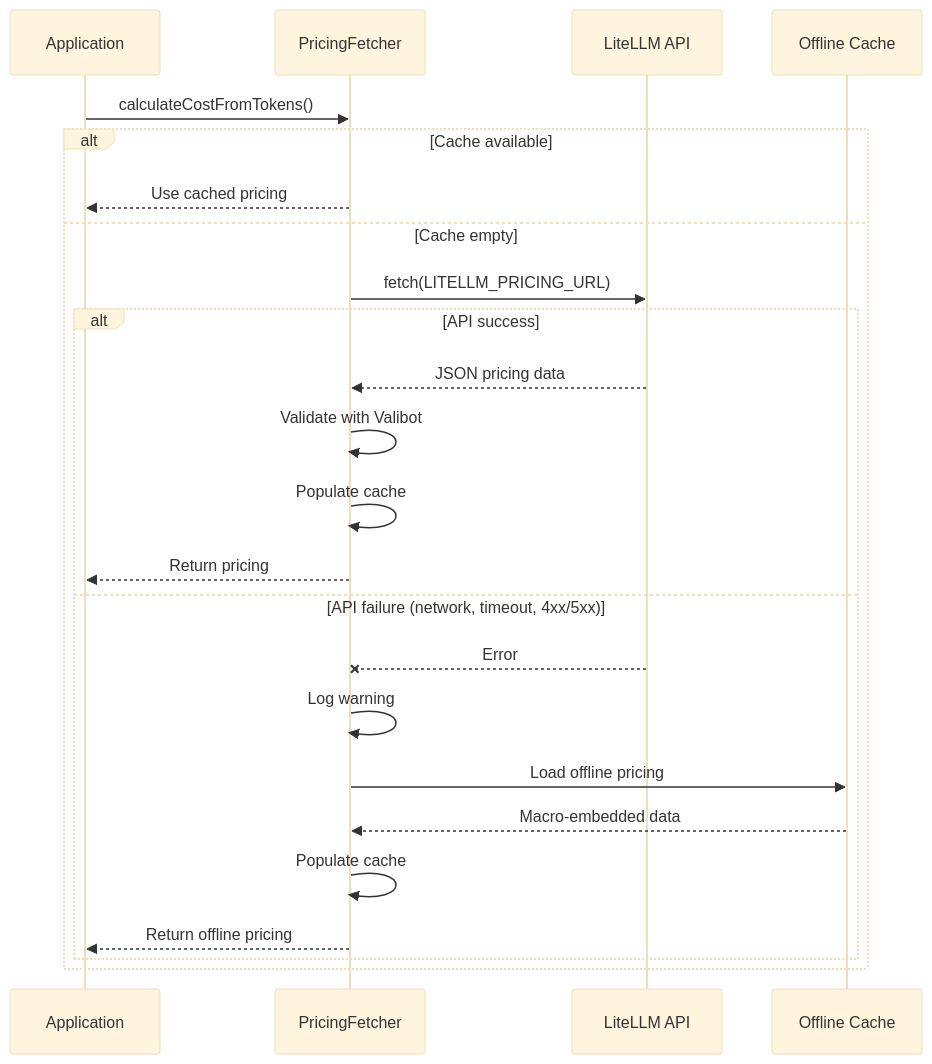
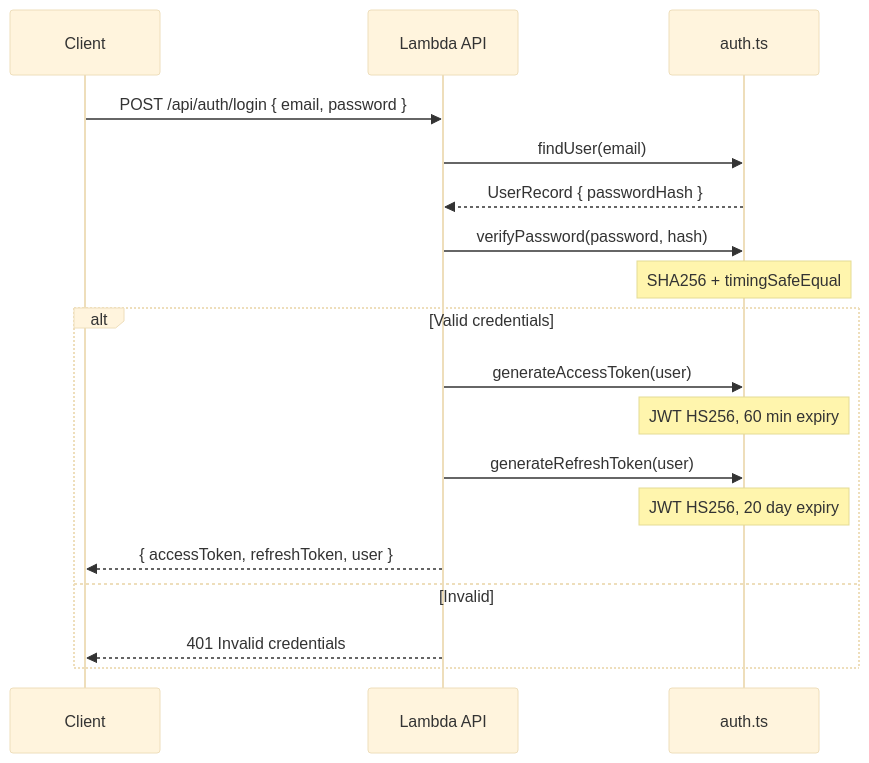
Before and after one commit to nathanp1112/ccusage-monitor: diagram 13 of 17 in docs/architecture.md, drawn with Mermaid (base theme). The commit also changed other lines of this file and 77 other files, not shown here.

````diff
--- a/docs/architecture.md
+++ b/docs/architecture.md
@@ -520,29 +864,22 @@
 ```mermaid
 sequenceDiagram
-    participant App as Application
-    participant Fetcher as PricingFetcher
-    participant API as LiteLLM API
-    participant Offline as Offline Cache
+    participant Client
+    participant API as Lambda API
+    participant Auth as auth.ts
 
-    App->>Fetcher: calculateCostFromTokens()
+    Client->>API: POST /api/auth/login { email, password }
+    API->>Auth: findUser(email)
+    Auth-->>API: UserRecord { passwordHash }
+    API->>Auth: verifyPassword(password, hash)
+    Note over Auth: SHA256 + timingSafeEqual
 
-    alt Cache available
-        Fetcher-->>App: Use cached pricing
-    else Cache empty
-        Fetcher->>API: fetch(LITELLM_PRICING_URL)
-
-        alt API success
-            API-->>Fetcher: JSON pricing data
-            Fetcher->>Fetcher: Validate with Valibot
-            Fetcher->>Fetcher: Populate cache
-            Fetcher-->>App: Return pricing
-        else API failure (network, timeout, 4xx/5xx)
-            API--xFetcher: Error
-            Fetcher->>Fetcher: Log warning
-            Fetcher->>Offline: Load offline pricing
-            Offline-->>Fetcher: Macro-embedded data
-            Fetcher->>Fetcher: Populate cache
-            Fetcher-->>App: Return offline pricing
-        end
+    alt Valid credentials
+        API->>Auth: generateAccessToken(user)
+        Note over Auth: JWT HS256, 60 min expiry
+        API->>Auth: generateRefreshToken(user)
+        Note over Auth: JWT HS256, 20 day expiry
+        API-->>Client: { accessToken, refreshToken, user }
+    else Invalid
+        API-->>Client: 401 Invalid credentials
     end
 ```
````
